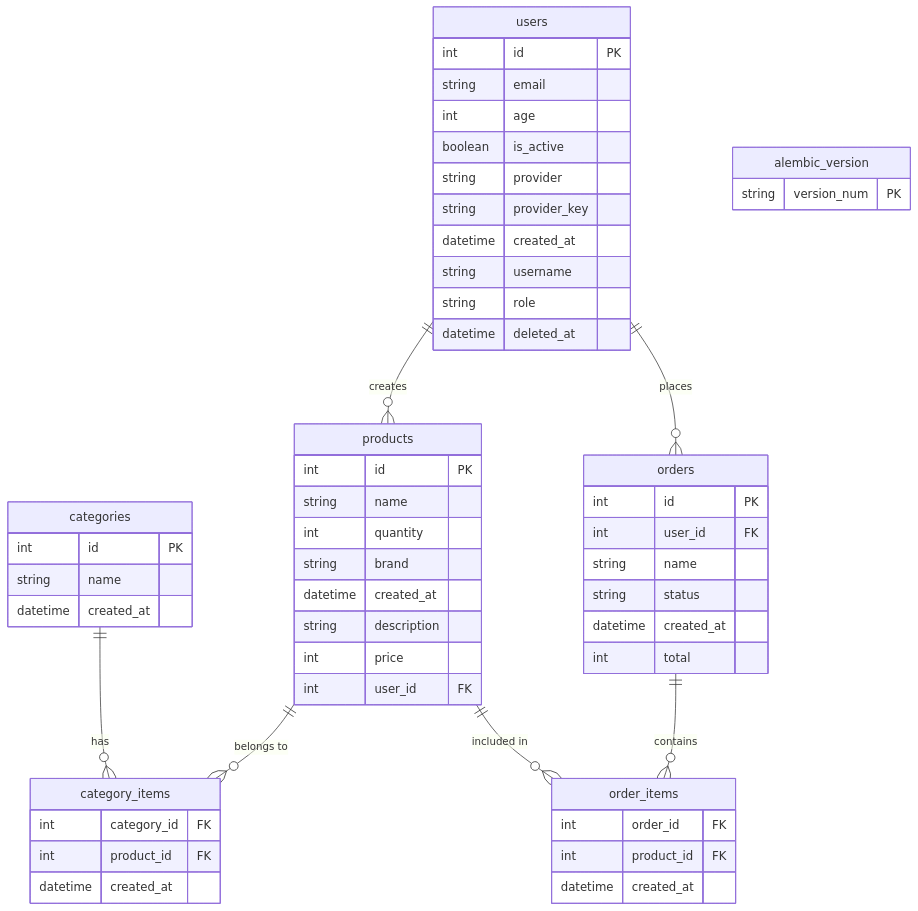
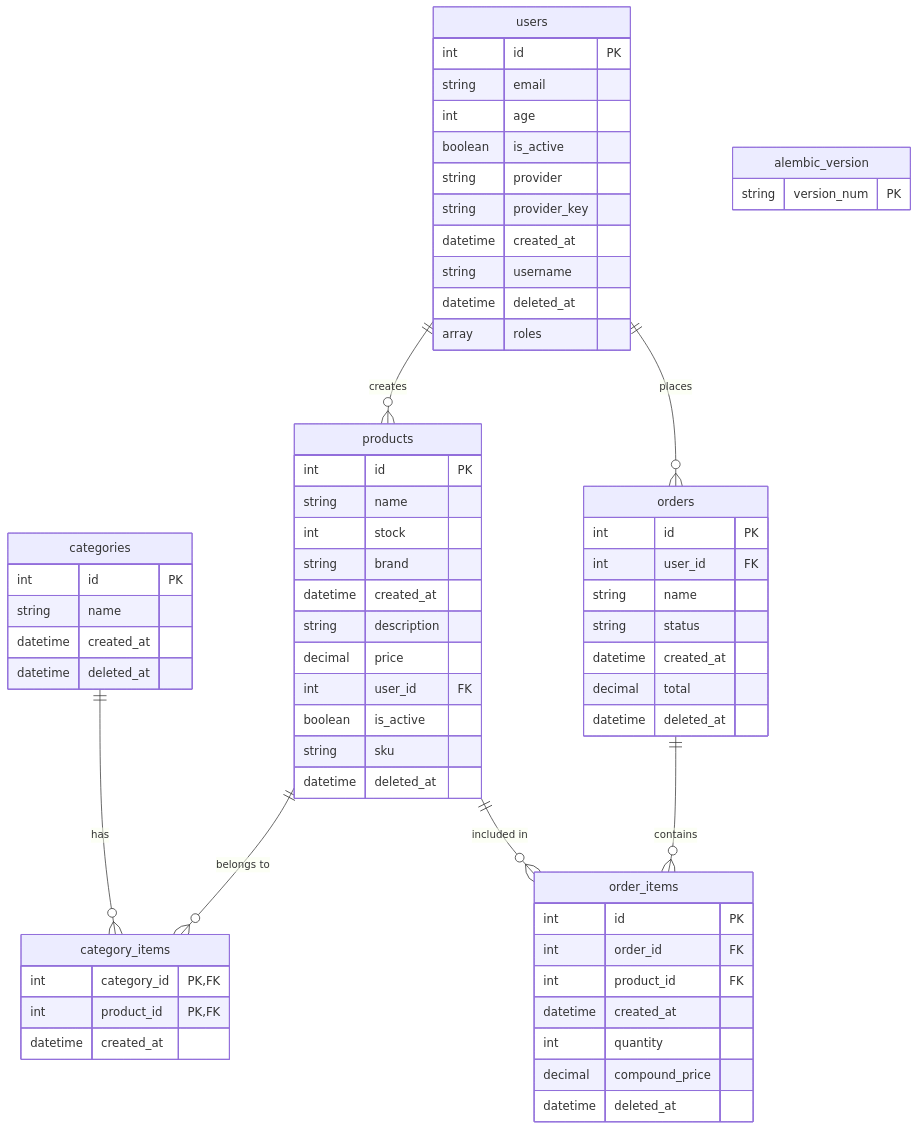
Before and after one commit to Revou-FSSE-Jun26/module-2-miftahalrasyid: the first of 3 diagrams in README.md, drawn with Mermaid. The commit also changed other lines of this file and 4 other files, not shown here.

````diff
--- a/README.md
+++ b/README.md
@@ -47,64 +47,73 @@
 ```mermaid
 erDiagram
     categories {
         int id PK
         string name
         datetime created_at
+        datetime deleted_at
     }
 
     category_items {
-        int category_id FK
-        int product_id FK
+        int category_id PK,FK
+        int product_id PK,FK
         datetime created_at
     }
 
     products {
         int id PK
         string name
-        int quantity
+        int stock
         string brand
         datetime created_at
         string description
-        int price
+        decimal price
         int user_id FK
+        boolean is_active
+        string sku
+        datetime deleted_at
     }
 
     order_items {
+        int id PK
         int order_id FK
         int product_id FK
         datetime created_at
+        int quantity
+        decimal compound_price
+        datetime deleted_at
     }
 
     orders {
         int id PK
         int user_id FK
         string name
         string status
         datetime created_at
-        int total
+        decimal total
+        datetime deleted_at
     }
 
     users {
         int id PK
         string email
         int age
         boolean is_active
         string provider
         string provider_key
         datetime created_at
         string username
-        string role
         datetime deleted_at
+        array roles
     }
 
     alembic_version {
         string version_num PK
     }
 
     categories ||--o{ category_items : "has"
     products ||--o{ category_items : "belongs to"
     products ||--o{ order_items : "included in"
     orders ||--o{ order_items : "contains"
     users ||--o{ products : "creates"
     users ||--o{ orders : "places"
 ```
````
